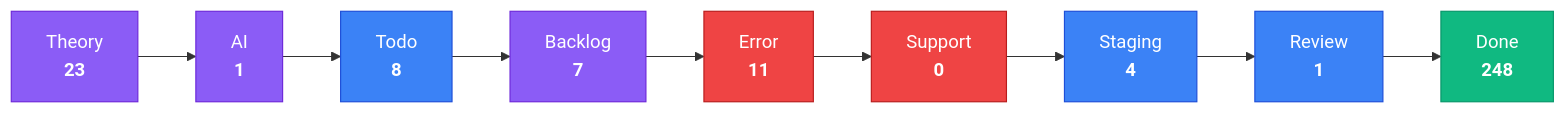
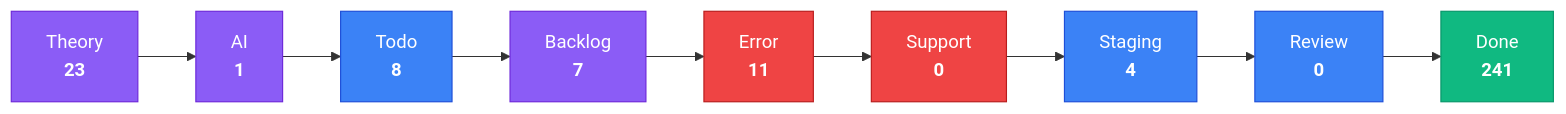
The third of 4 diagrams in apps/kbve/astro-kbve/src/content/docs/dashboard/kanban-data.mdx (KBVE/kbve), drawn with Mermaid before and after one commit. The commit also changed other lines of this file and 8 other files, not shown here.

````diff
--- a/apps/kbve/astro-kbve/src/content/docs/dashboard/kanban-data.mdx
+++ b/apps/kbve/astro-kbve/src/content/docs/dashboard/kanban-data.mdx
@@ -80,28 +79,28 @@
 ```mermaid
 flowchart LR
     classDef planning fill:#8b5cf6,stroke:#6d28d9,color:#fff
     classDef active fill:#3b82f6,stroke:#1d4ed8,color:#fff
     classDef blocked fill:#ef4444,stroke:#b91c1c,color:#fff
     classDef done fill:#10b981,stroke:#059669,color:#fff
     Theory["Theory<br/><strong>23</strong>"]
     Theory --> AI
     AI["AI<br/><strong>1</strong>"]
     AI --> Todo
     Todo["Todo<br/><strong>8</strong>"]
     Todo --> Backlog
     Backlog["Backlog<br/><strong>7</strong>"]
     Backlog --> Error
     Error["Error<br/><strong>11</strong>"]
     Error --> Support
     Support["Support<br/><strong>0</strong>"]
     Support --> Staging
     Staging["Staging<br/><strong>4</strong>"]
     Staging --> Review
-    Review["Review<br/><strong>1</strong>"]
+    Review["Review<br/><strong>0</strong>"]
     Review --> Done
-    Done["Done<br/><strong>248</strong>"]
+    Done["Done<br/><strong>241</strong>"]
     class Theory,AI,Backlog planning
     class Todo,Staging,Review active
     class Error,Support blocked
     class Done done
 ```
````
